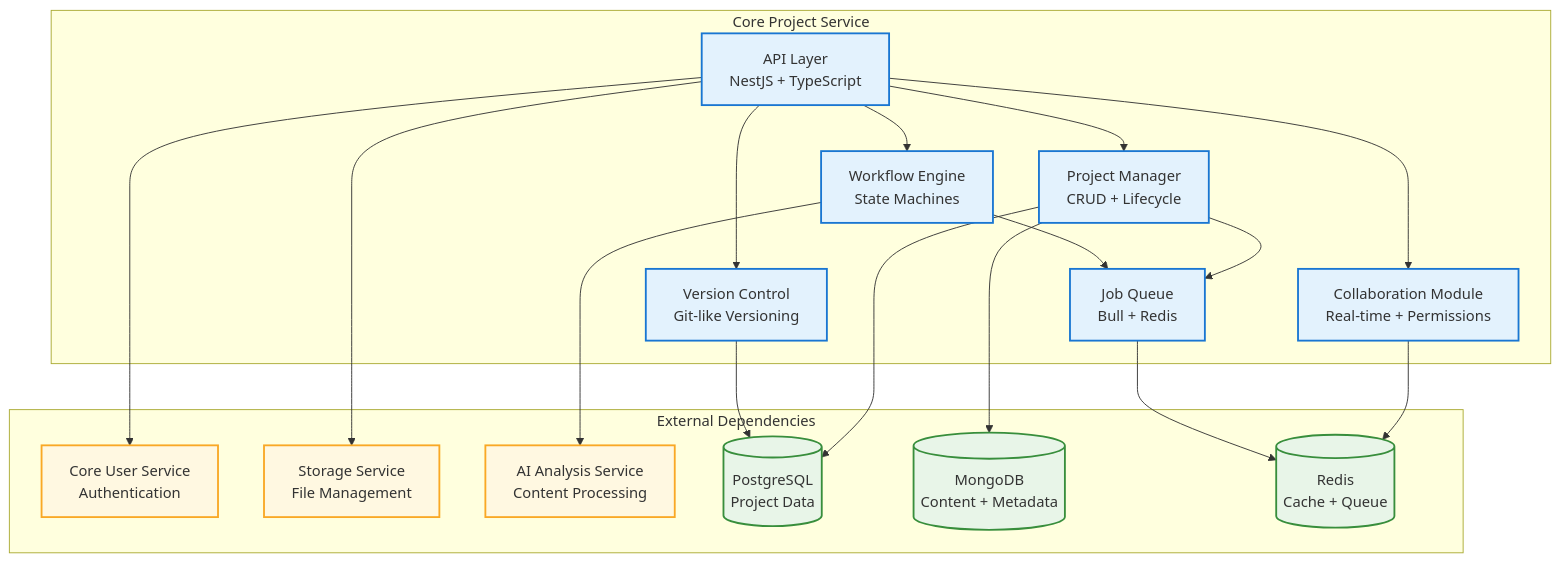
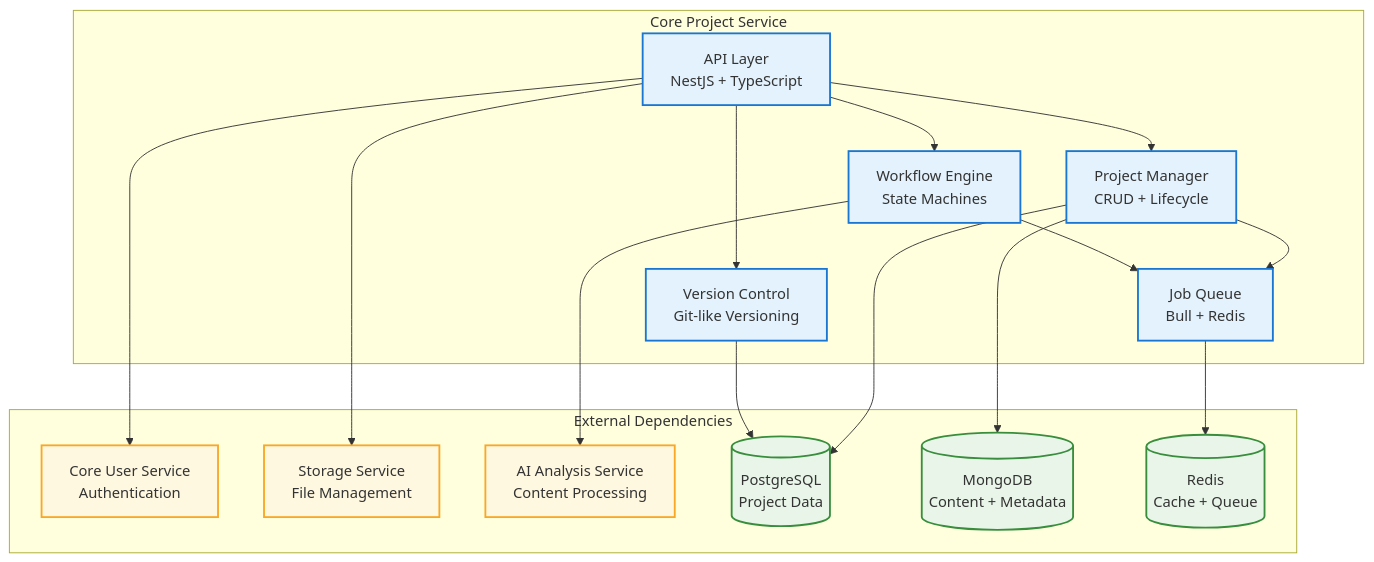
Before and after one commit to VisioBook-ESP/docs-architecture: the first of 4 diagrams in docs/api/core-project-service.md, drawn with Mermaid. The commit also changed other lines of this file and 6 other files, not shown here.

````diff
--- a/docs/api/core-project-service.md
+++ b/docs/api/core-project-service.md
@@ -23,45 +23,42 @@
 ```mermaid
 graph TB
     subgraph "Core Project Service"
         API[API Layer<br/>NestJS + TypeScript]
         PROJECT[Project Manager<br/>CRUD + Lifecycle]
         WORKFLOW[Workflow Engine<br/>State Machines]
-        COLLAB[Collaboration Module<br/>Real-time + Permissions]
         VERSION[Version Control<br/>Git-like Versioning]
         QUEUE[Job Queue<br/>Bull + Redis]
     end
 
     subgraph "External Dependencies"
         USER_SVC[Core User Service<br/>Authentication]
         STORAGE_SVC[Storage Service<br/>File Management]
         AI_SVC[AI Analysis Service<br/>Content Processing]
         DB[(PostgreSQL<br/>Project Data)]
         MONGO[(MongoDB<br/>Content + Metadata)]
         REDIS[(Redis<br/>Cache + Queue)]
     end
 
     API --> PROJECT
     API --> WORKFLOW
-    API --> COLLAB
     API --> VERSION
     PROJECT --> QUEUE
     WORKFLOW --> QUEUE
 
     PROJECT --> DB
     PROJECT --> MONGO
-    COLLAB --> REDIS
     VERSION --> DB
     QUEUE --> REDIS
 
     API --> USER_SVC
     API --> STORAGE_SVC
     WORKFLOW --> AI_SVC
 
     classDef service fill:#e3f2fd,stroke:#1976d2,stroke-width:2px
     classDef external fill:#fff8e1,stroke:#f9a825,stroke-width:2px
     classDef database fill:#e8f5e8,stroke:#388e3c,stroke-width:2px
 
-    class API,PROJECT,WORKFLOW,COLLAB,VERSION,QUEUE service
+    class API,PROJECT,WORKFLOW,VERSION,QUEUE service
     class USER_SVC,STORAGE_SVC,AI_SVC external
     class DB,MONGO,REDIS database
 ```
````
